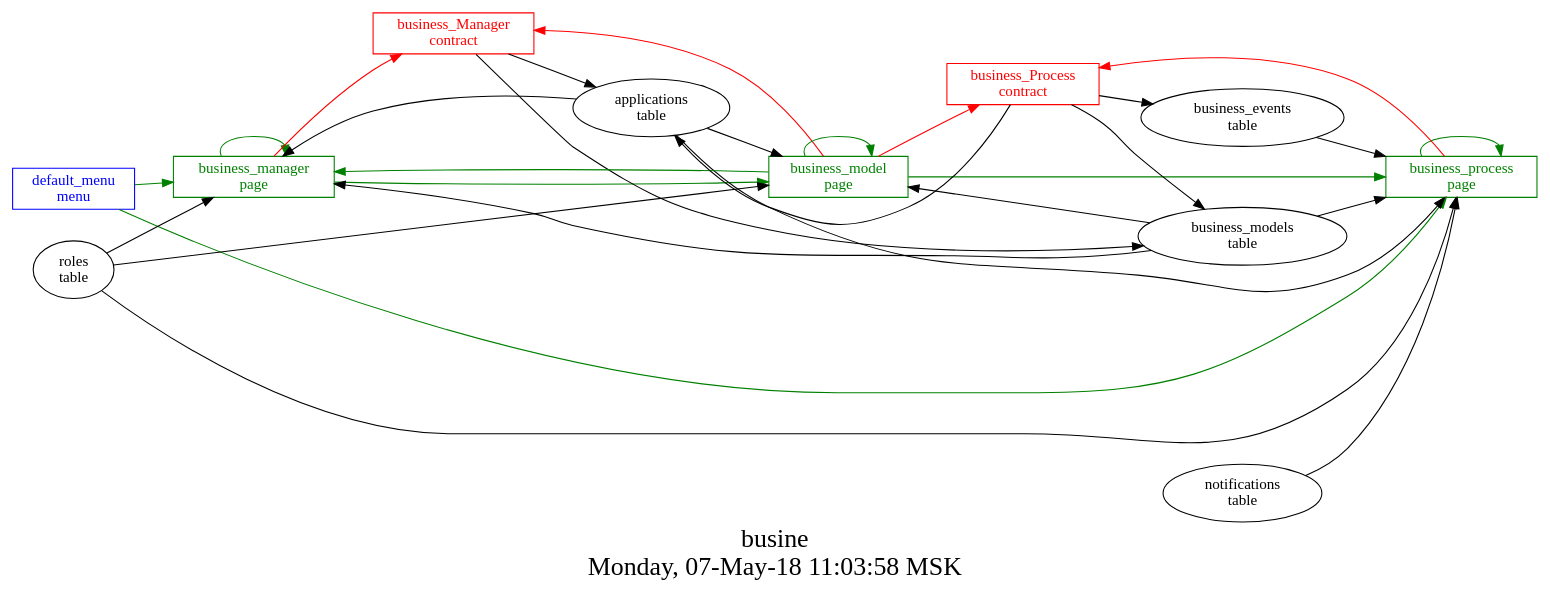
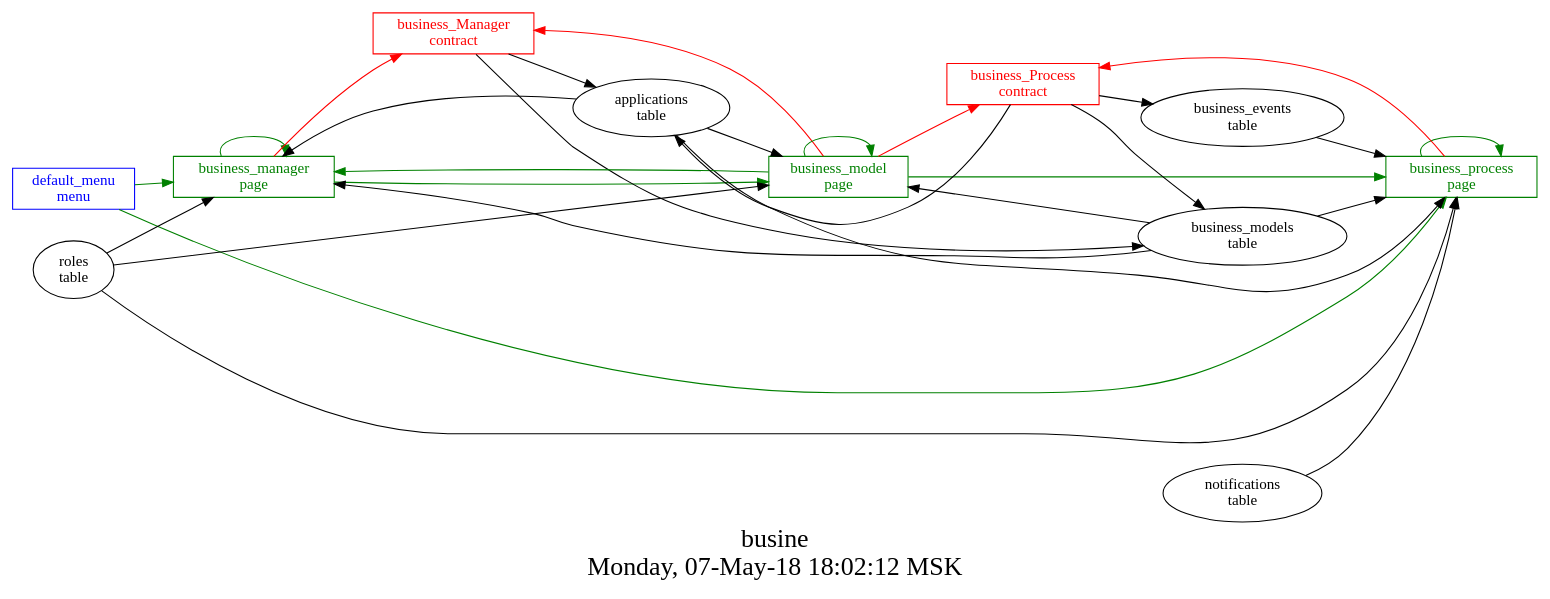
Before and after one commit to AplaProject/apps: the diagram in src/business/struct.dot, drawn with Graphviz. The commit also changed 3 other files, not shown here.

```diff
--- a/src/business/struct.dot
+++ b/src/business/struct.dot
@@ -1,46 +1,46 @@
 digraph G {
 graph [
   fontsize="24";
-  label="busine\nMonday, 07-May-18 11:03:58 MSK";
+  label="busine\nMonday, 07-May-18 18:02:12 MSK";
   nojustify=true;
   ordering=out;
   rankdir=LR;
   size="30";
 ];
 "default_menu\nmenu" -> "business_manager\npage"  [ color=green ]
 "default_menu\nmenu" -> "business_process\npage"  [ color=green ]
 "default_menu\nmenu" [color=blue, fontcolor=blue, group=menus, shape=record];
 "business_manager\npage" -> "business_Manager\ncontract"  [ color=red ]
 "applications\ntable" -> "business_manager\npage"  [ color="" ]
 "roles\ntable" -> "business_manager\npage"  [ color="" ]
 "business_models\ntable" -> "business_manager\npage"  [ color="" ]
 "business_manager\npage" -> "business_model\npage"  [ color=green ]
 "business_manager\npage" -> "business_manager\npage"  [ color=green ]
 "business_manager\npage" [color=green, fontcolor=green, group=pages, shape=record];
 "business_model\npage" -> "business_Process\ncontract"  [ color=red ]
 "business_model\npage" -> "business_Manager\ncontract"  [ color=red ]
 "applications\ntable" -> "business_model\npage"  [ color="" ]
 "business_models\ntable" -> "business_model\npage"  [ color="" ]
 "roles\ntable" -> "business_model\npage"  [ color="" ]
 "business_model\npage" -> "business_manager\npage"  [ color=green ]
 "business_model\npage" -> "business_process\npage"  [ color=green ]
 "business_model\npage" -> "business_model\npage"  [ color=green ]
 "business_model\npage" [color=green, fontcolor=green, group=pages, shape=record];
 "business_process\npage" -> "business_Process\ncontract"  [ color=red ]
 "applications\ntable" -> "business_process\npage"  [ color="" ]
 "notifications\ntable" -> "business_process\npage"  [ color="" ]
 "business_models\ntable" -> "business_process\npage"  [ color="" ]
 "roles\ntable" -> "business_process\npage"  [ color="" ]
 "business_events\ntable" -> "business_process\npage"  [ color="" ]
 "business_process\npage" -> "business_process\npage"  [ color=green ]
 "business_process\npage" [color=green, fontcolor=green, group=pages, shape=record];
 "business_Manager\ncontract" -> "applications\ntable"  [ color="" ]
 "business_Manager\ncontract" -> "business_models\ntable"  [ color="" ]
 "business_Manager\ncontract" [color=red, fontcolor=red, group=contracts, shape=record];
 "business_Process\ncontract" -> "applications\ntable"  [ color="" ]
 "business_Process\ncontract" -> "business_events\ntable"  [ color="" ]
 "business_Process\ncontract" -> "business_models\ntable"  [ color="" ]
 "business_Process\ncontract" [color=red, fontcolor=red, group=contracts, shape=record];
 "business_events\ntable" [color="", fontcolor="", group=tables, shape=""];
 "business_models\ntable" [color="", fontcolor="", group=tables, shape=""];
 }
```
